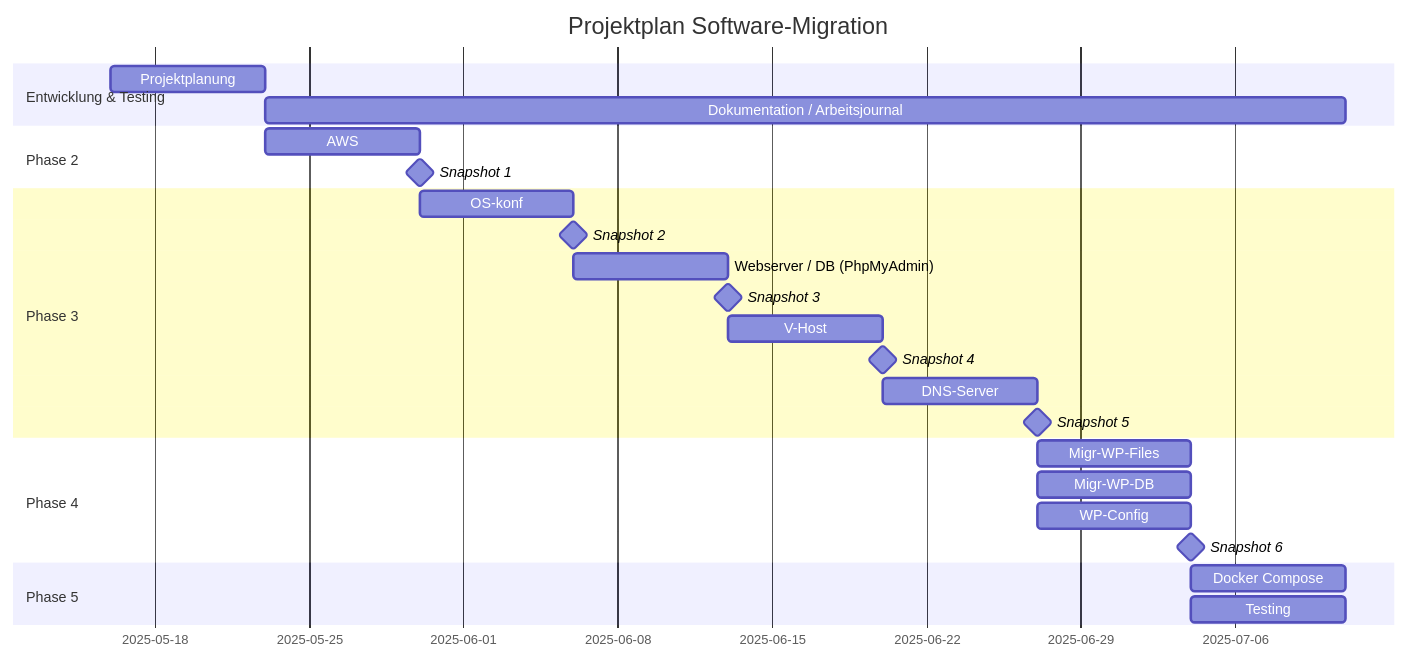
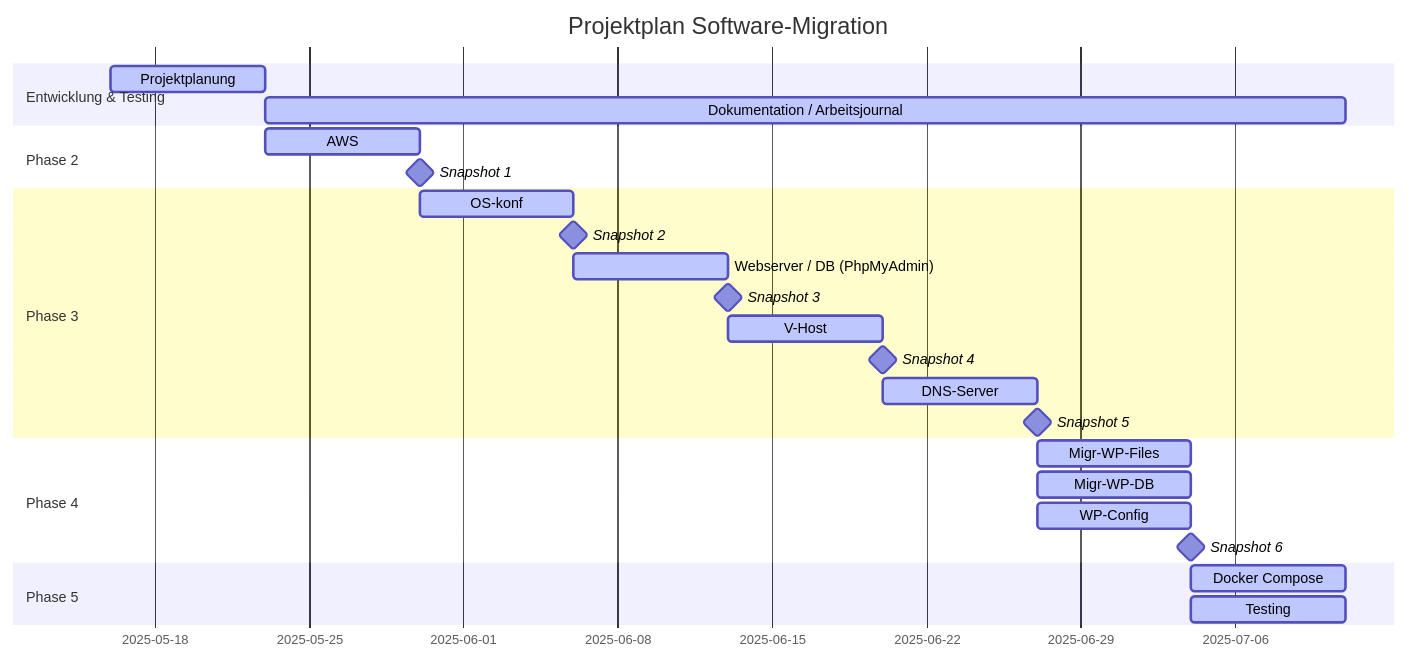
One commit to marzonev/M158 changed the diagram in 01 - Dokumentation/README.md. Above: the diagram before and after it, drawn with Mermaid.

Commit message:
changed color gantt

````diff
--- a/01 - Dokumentation/README.md
+++ b/01 - Dokumentation/README.md
@@ -22,30 +22,28 @@
 ```mermaid
 gantt
     title Projektplan Software-Migration
     dateFormat  DD-MM-YYYY
     section Entwicklung & Testing
-    Projektplanung  : a1, 16-05-2025  , 7d
-    Dokumentation / Arbeitsjournal : after a1, 49d
+    Projektplanung  : active, a1, 16-05-2025  , 7d
+    Dokumentation / Arbeitsjournal : active, after a1, 49d
     section Phase 2
-    AWS : b2, after a1, 7d
+    AWS : active, b2, after a1, 7d
     Snapshot 1  : milestone, sn1
     section Phase 3
-    OS-konf :c1, after b2, 7d
+    OS-konf : active,c1, after b2, 7d
     Snapshot 2 : milestone, sn2
-    Webserver / DB (PhpMyAdmin) :c2, after c1, 7d
+    Webserver / DB (PhpMyAdmin) : active,c2, after c1, 7d
     Snapshot 3 : milestone, sn3
-    V-Host : c3, after c2, 7d
+    V-Host : active, c3, after c2, 7d
     Snapshot 4 : milestone, sn4
-    DNS-Server : c4, after c3, 7d
+    DNS-Server : active, c4, after c3, 7d
     Snapshot 5 : milestone, sn5
     section Phase 4
-    Migr-WP-Files : d1, after c4, 7d
-    Migr-WP-DB : d2, after c4, 7d
-    WP-Config : d3, after c4, 7d
+    Migr-WP-Files : active, d1, after c4, 7d
+    Migr-WP-DB : active, d2, after c4, 7d
+    WP-Config : active, d3, after c4, 7d
     Snapshot 6 : milestone, sn6
     section Phase 5
-    Docker Compose : e1, after d3, 7d
-    Testing : e2, after d3, 7d
-
-
+    Docker Compose : active, e1, after d3, 7d
+    Testing : active, e2, after d3, 7d
 ```
````
